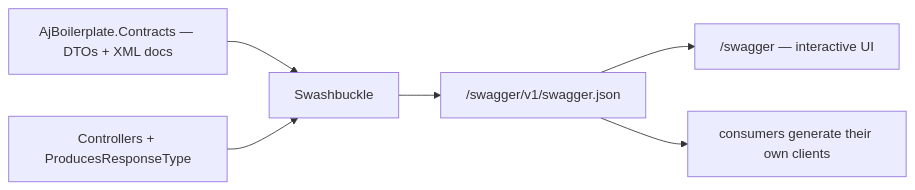
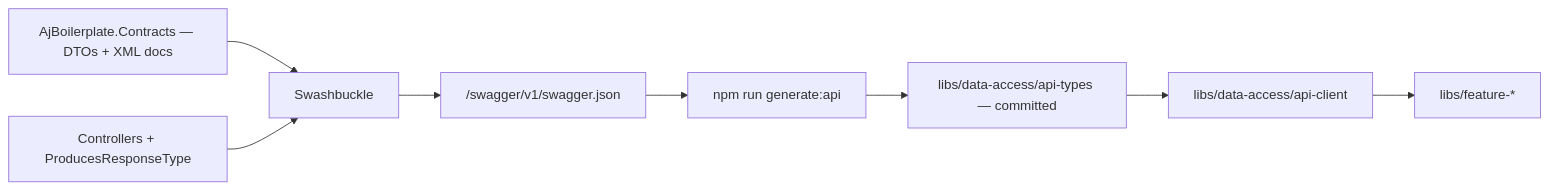
One commit to Emadkhanqai/aj-boilerplate-be changed the eighth of 8 diagrams in docs/architecture.md. Above: the diagram before and after it, drawn with Mermaid. The commit also changed other lines of this file and 283 other files, not shown here.

````diff
--- a/docs/architecture.md
+++ b/docs/architecture.md
@@ -933,8 +1375,10 @@
 ```mermaid
 flowchart LR
   C["AjBoilerplate.Contracts — DTOs + XML docs"] --> SG["Swashbuckle"]
   CT["Controllers + ProducesResponseType"] --> SG
   SG --> DOC["/swagger/v1/swagger.json"]
-  DOC --> UI["/swagger — interactive UI"]
-  DOC --> GEN["consumers generate their own clients"]
+  DOC --> GEN["npm run generate:api"]
+  GEN --> TYPES["libs/data-access/api-types — committed"]
+  TYPES --> CLIENT["libs/data-access/api-client"]
+  CLIENT --> FEATURE["libs/feature-*"]
 ```
````
